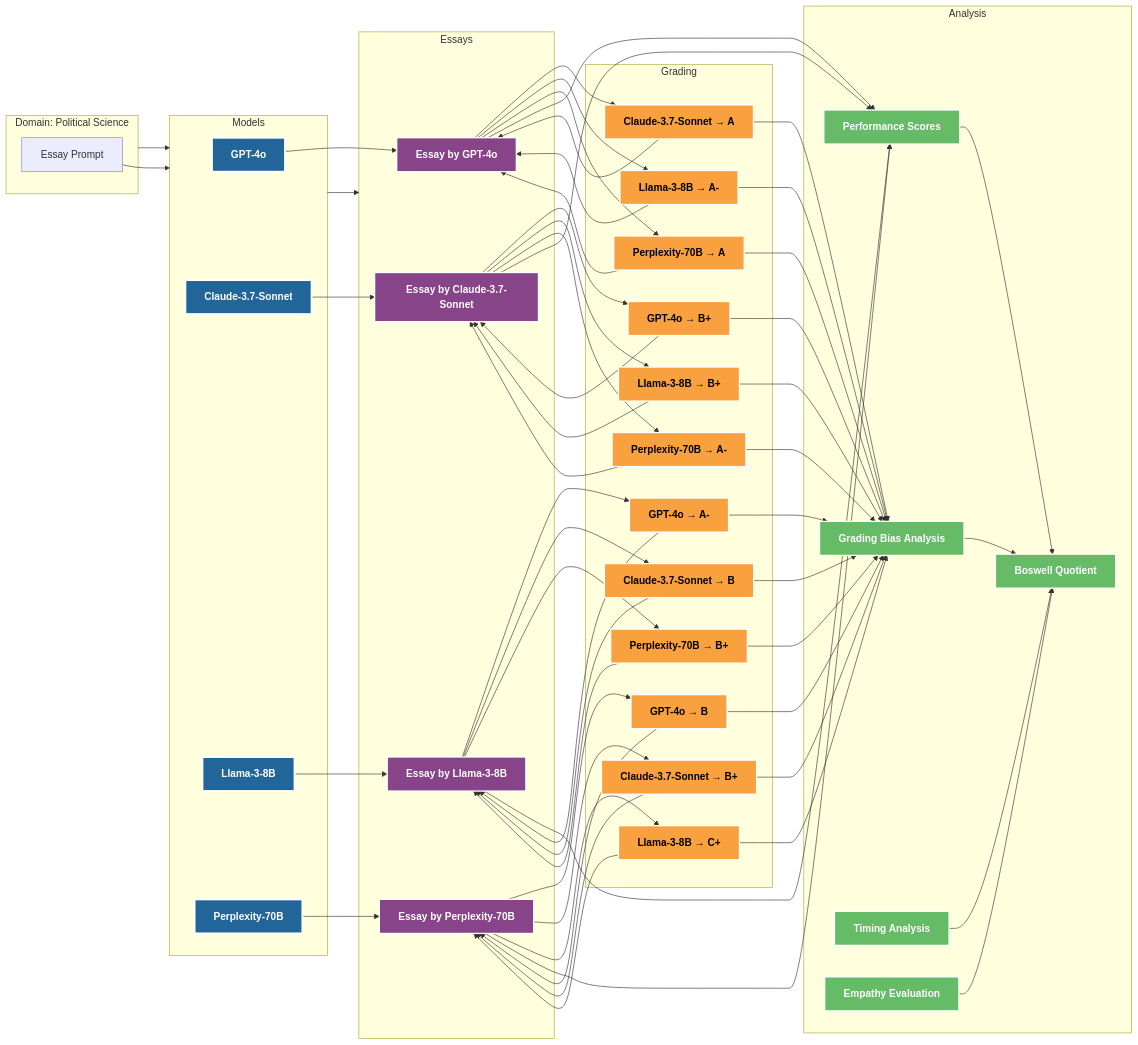
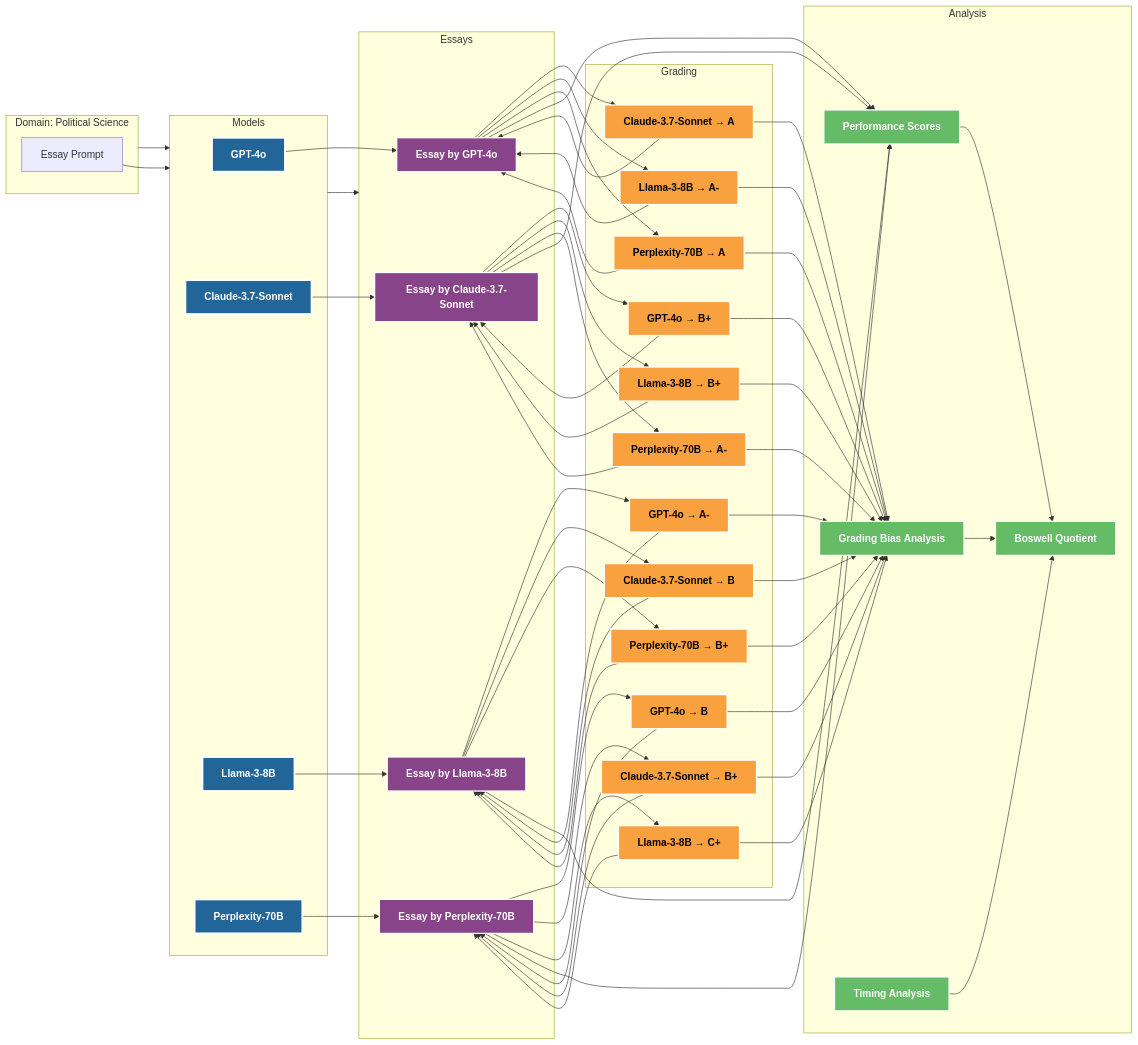
One commit to referential-ai/boswell-test changed the second of 3 diagrams in docs/technical/model_interaction.md. Above: the diagram before and after it, drawn with Mermaid. The commit also changed other lines of this file, not shown here.

````diff
--- a/docs/technical/model_interaction.md
+++ b/docs/technical/model_interaction.md
@@ -116,7 +115,6 @@
         Perf[Performance Scores]
         Bias[Grading Bias Analysis]
         Time[Timing Analysis]
-        Emp[Empathy Evaluation]
         BQ[Boswell Quotient]
     end
 
@@ -182,7 +180,6 @@
     Perf --> BQ
     Bias --> BQ
     Time --> BQ
-    Emp --> BQ
 
     classDef modelNode fill:#226699,stroke:#fff,stroke-width:3px,color:#fff,font-weight:bold
     classDef essayNode fill:#884488,stroke:#fff,stroke-width:2px,color:#fff,font-weight:bold
@@ -192,5 +189,5 @@
     class M1,M2,M3,M4 modelNode
     class E1,E2,E3,E4 essayNode
     class G12,G13,G14,G21,G23,G24,G31,G32,G34,G41,G42,G43 gradeNode
-    class Perf,Bias,Time,Emp,BQ analysisNode
+    class Perf,Bias,Time,BQ analysisNode
 ```
````
